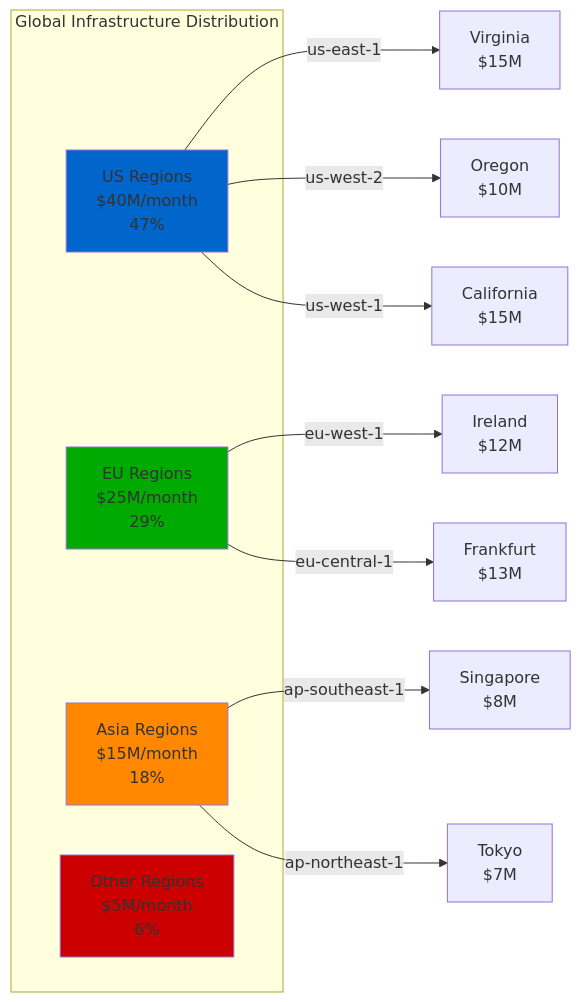
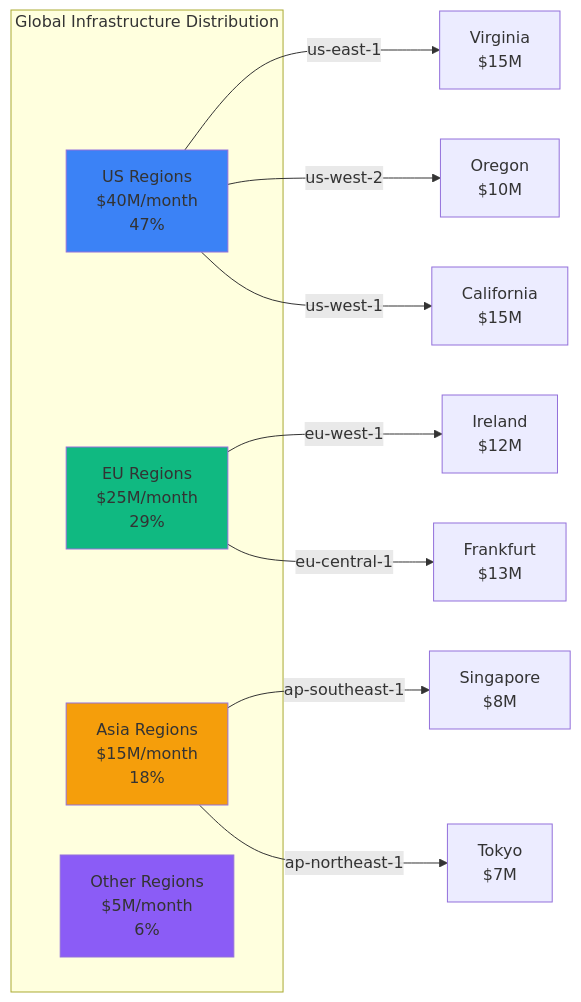
Before and after one commit to deepaucksharma/DS: the fourth of 5 diagrams in site/docs/costs/airbnb-infrastructure-breakdown.md, drawn with Mermaid. The commit also changed other lines of this file and 303 other files, not shown here.

````diff
--- a/site/docs/costs/airbnb-infrastructure-breakdown.md
+++ b/site/docs/costs/airbnb-infrastructure-breakdown.md
@@ -246,24 +246,24 @@
 ```mermaid
 graph LR
     subgraph "Global Infrastructure Distribution"
         US[US Regions<br/>$40M/month<br/>47%]
         EU[EU Regions<br/>$25M/month<br/>29%]
         ASIA[Asia Regions<br/>$15M/month<br/>18%]
         OTHER[Other Regions<br/>$5M/month<br/>6%]
     end
 
     US --> |"us-east-1"| V1[Virginia<br/>$15M]
     US --> |"us-west-2"| O1[Oregon<br/>$10M]
     US --> |"us-west-1"| C1[California<br/>$15M]
 
     EU --> |"eu-west-1"| I1[Ireland<br/>$12M]
     EU --> |"eu-central-1"| F1[Frankfurt<br/>$13M]
 
     ASIA --> |"ap-southeast-1"| S1[Singapore<br/>$8M]
     ASIA --> |"ap-northeast-1"| T1[Tokyo<br/>$7M]
 
-    style US fill:#0066CC
-    style EU fill:#00AA00
-    style ASIA fill:#FF8800
-    style OTHER fill:#CC0000
+    style US fill:#3B82F6
+    style EU fill:#10B981
+    style ASIA fill:#F59E0B
+    style OTHER fill:#8B5CF6
 ```
````
